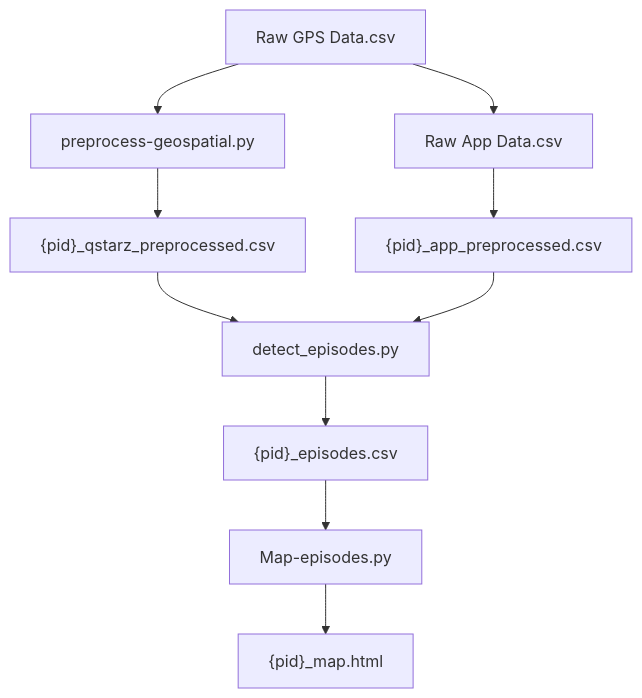
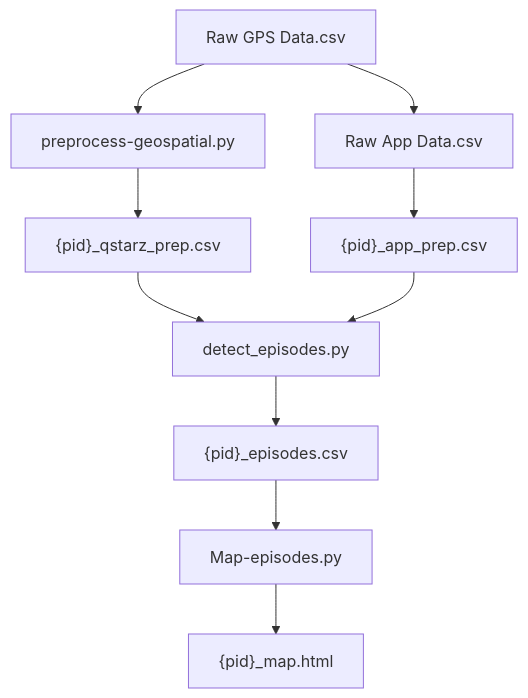
One commit to noamjgal/Surreal-Fragmentation changed the diagram in SURREAL/episode-preprocessing/README.md. Above: the diagram before and after it, drawn with Mermaid. The commit also changed 1 other file, not shown here.

Commit message:
style: changed preprocess to prep in file namnes and chart

````diff
--- a/SURREAL/episode-preprocessing/README.md
+++ b/SURREAL/episode-preprocessing/README.md
@@ -5,12 +5,12 @@
 ```mermaid
 graph TD;
     A[Raw GPS Data.csv] --> B[preprocess-geospatial.py]
     A --> C[Raw App Data.csv]
-    B --> D["{pid}_qstarz_preprocessed.csv"]
-    C --> E["{pid}_app_preprocessed.csv"]
+    B --> D["{pid}_qstarz_prep.csv"]
+    C --> E["{pid}_app_prep.csv"]
     D --> F[detect_episodes.py]
     E --> F
     F --> G["{pid}_episodes.csv"]
     G --> H[Map-episodes.py]
     H --> I["{pid}_map.html"]
 ```
````
